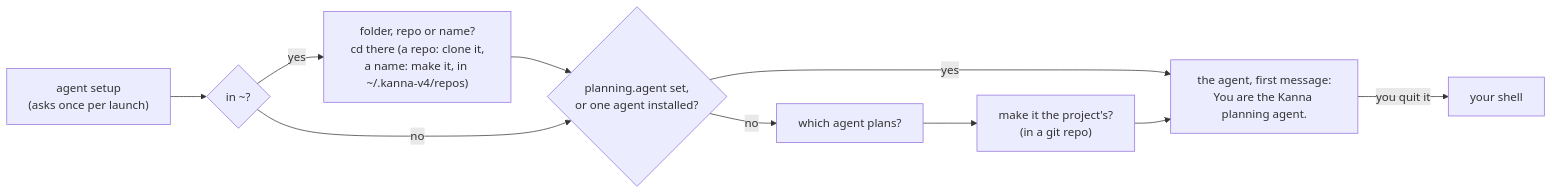
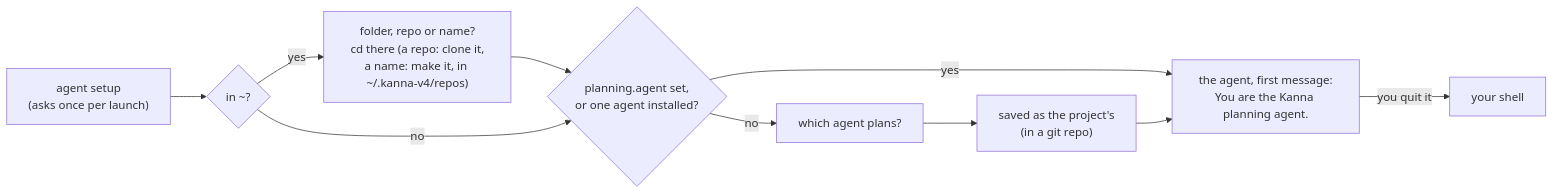
The diagram in docs/specs/new-desk.md (tampopogk/kanna), drawn with Mermaid before and after one commit. The commit also changed other lines of this file and 6 other files, not shown here.

Commit message:
Choosing the planning agent saves it: no [Y/n] question; planner.sh writes planning.agent to the repo's .kanna/config.json as you choose; unit and e2e tests answer no question; specs, mockup and screenshot

````diff
--- a/docs/specs/new-desk.md
+++ b/docs/specs/new-desk.md
@@ -33,9 +33,9 @@
 ```mermaid
 flowchart LR
     S["agent setup<br/>(asks once per launch)"] --> W{"in ~?"}
     W -->|"yes"| J["folder, repo or name?<br/>cd there (a repo: clone it,<br/>a name: make it, in ~/.kanna-v4/repos)"] --> P
     W -->|"no"| P{"planning.agent set,<br/>or one agent installed?"}
     P -->|"yes"| A["the agent, first message:<br/>You are the Kanna planning agent."]
-    P -->|"no"| Q["which agent plans?"] --> O["make it the project's?<br/>(in a git repo)"] --> A
+    P -->|"no"| Q["which agent plans?"] --> O["saved as the project's<br/>(in a git repo)"] --> A
     A -->|"you quit it"| SH["your shell"]
 ```
````
